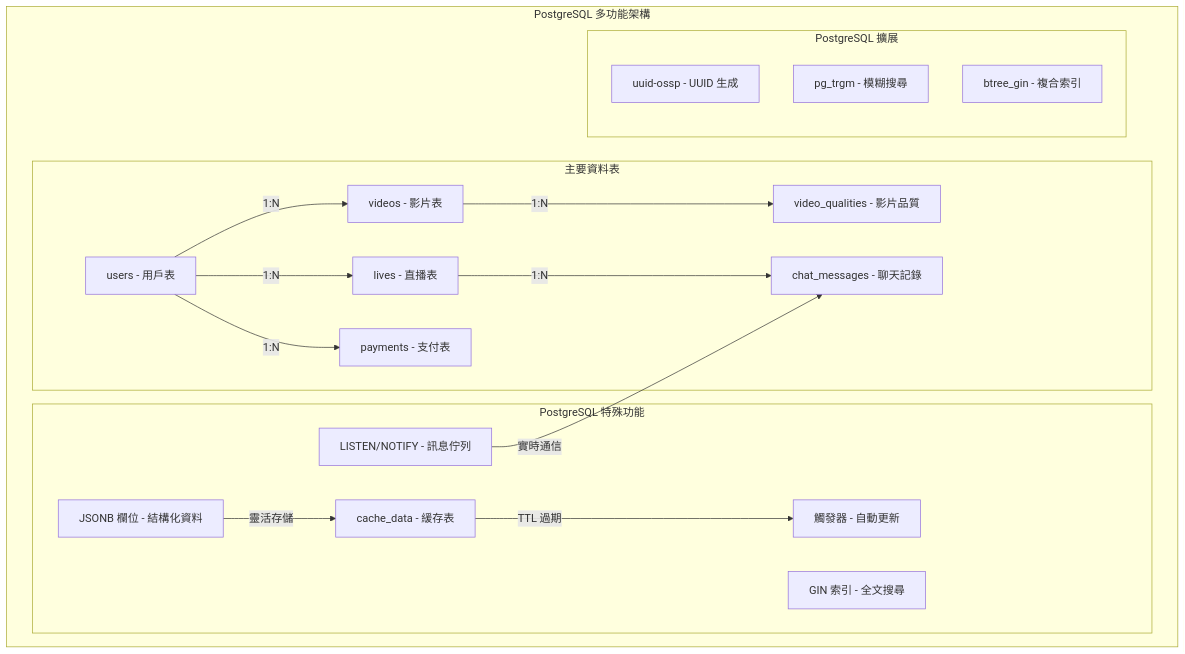
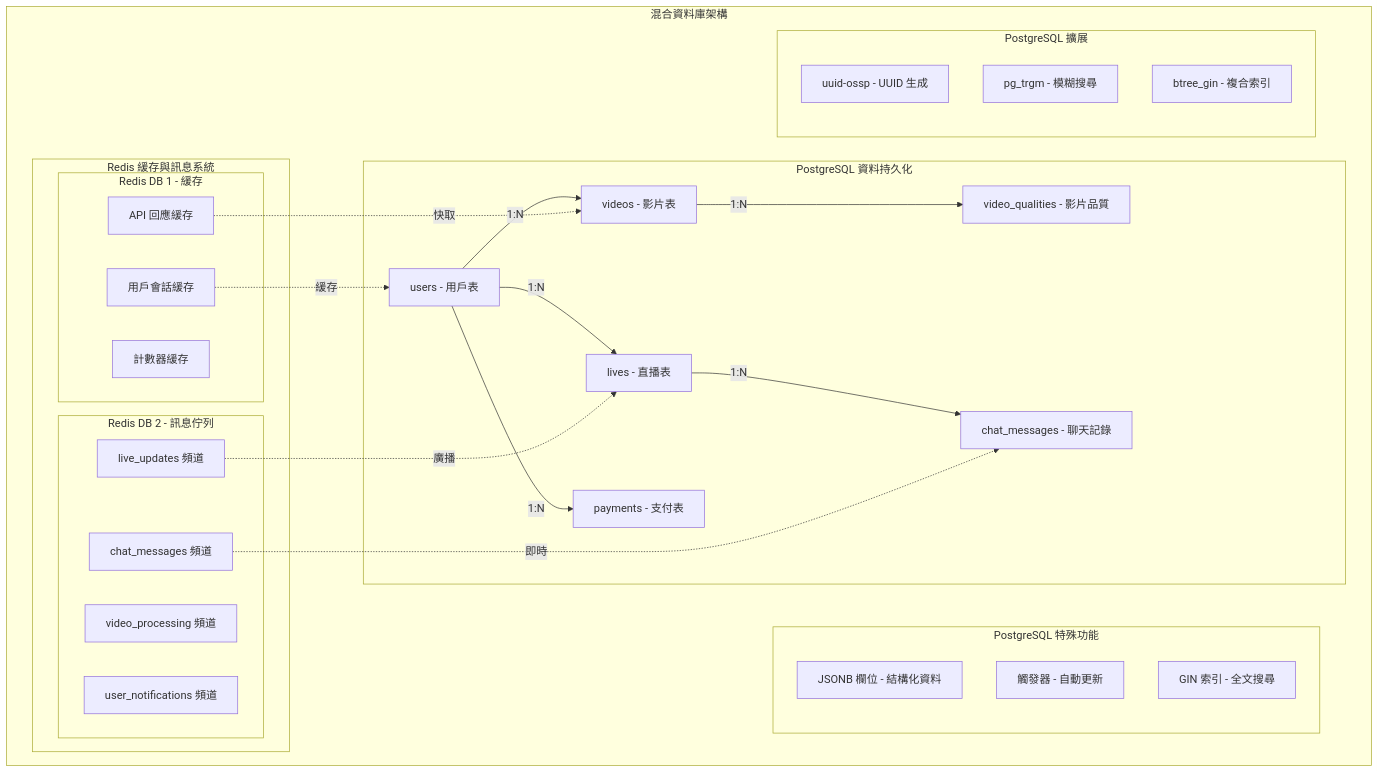
Before and after one commit to mike504110403/stream-demo: the sixth of 16 diagrams in README.md, drawn with Mermaid. The commit also changed other lines of this file and 75 other files, not shown here.

````diff
--- a/README.md
+++ b/README.md
@@ -127,37 +263,51 @@
 ```mermaid
 graph TB
-    subgraph "PostgreSQL 多功能架構"
-        subgraph "主要資料表"
+    subgraph "混合資料庫架構"
+        subgraph "PostgreSQL 資料持久化"
             USERS[users - 用戶表]
             VIDEOS[videos - 影片表]
             LIVES[lives - 直播表]
             PAYMENTS[payments - 支付表]
             CHAT[chat_messages - 聊天記錄]
             VQ[video_qualities - 影片品質]
         end
         
+        subgraph "Redis 緩存與訊息系統"
+            subgraph "Redis DB 1 - 緩存"
+                USER_CACHE[用戶會話緩存]
+                API_CACHE[API 回應緩存]
+                COUNTER_CACHE[計數器緩存]
+            end
+            
+            subgraph "Redis DB 2 - 訊息佇列"
+                CHAT_CHANNEL[chat_messages 頻道]
+                LIVE_CHANNEL[live_updates 頻道]
+                VIDEO_CHANNEL[video_processing 頻道]
+                USER_CHANNEL[user_notifications 頻道]
+            end
+        end
+        
         subgraph "PostgreSQL 特殊功能"
-            CACHE[cache_data - 緩存表]
-            NOTIFY[LISTEN/NOTIFY - 訊息佇列]
             JSONB[JSONB 欄位 - 結構化資料]
             TRIGGER[觸發器 - 自動更新]
             INDEX[GIN 索引 - 全文搜尋]
         end
         
         subgraph "PostgreSQL 擴展"
             UUID[uuid-ossp - UUID 生成]
             TRGM[pg_trgm - 模糊搜尋]
             BTREE[btree_gin - 複合索引]
         end
     end
     
     USERS --> |1:N| VIDEOS
     USERS --> |1:N| LIVES
     USERS --> |1:N| PAYMENTS
     VIDEOS --> |1:N| VQ
     LIVES --> |1:N| CHAT
     
-    CACHE --> |TTL 過期| TRIGGER
-    NOTIFY --> |實時通信| CHAT
-    JSONB --> |靈活存儲| CACHE
+    USER_CACHE -.-> |緩存| USERS
+    API_CACHE -.-> |快取| VIDEOS
+    CHAT_CHANNEL -.-> |即時| CHAT
+    LIVE_CHANNEL -.-> |廣播| LIVES
 ```
````
